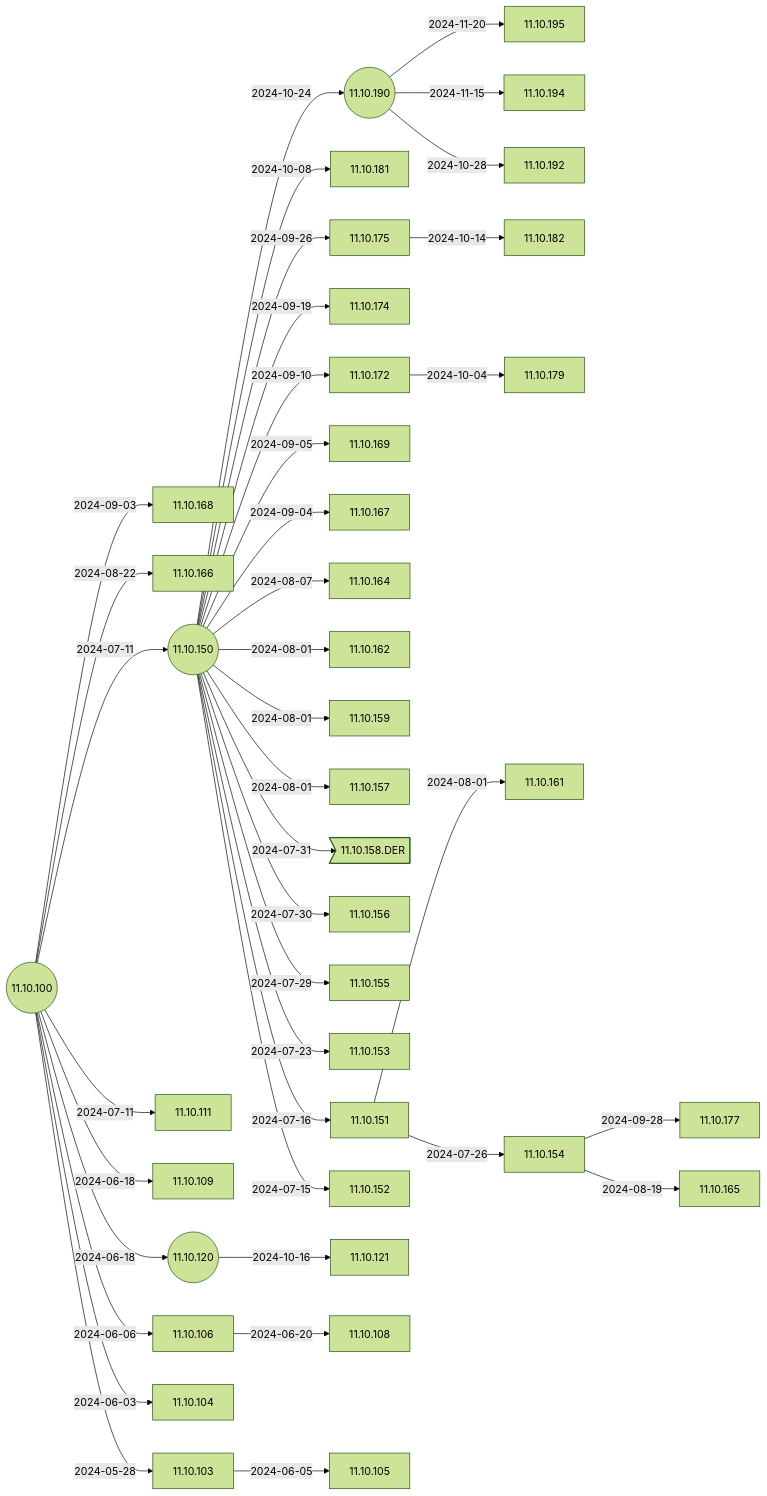
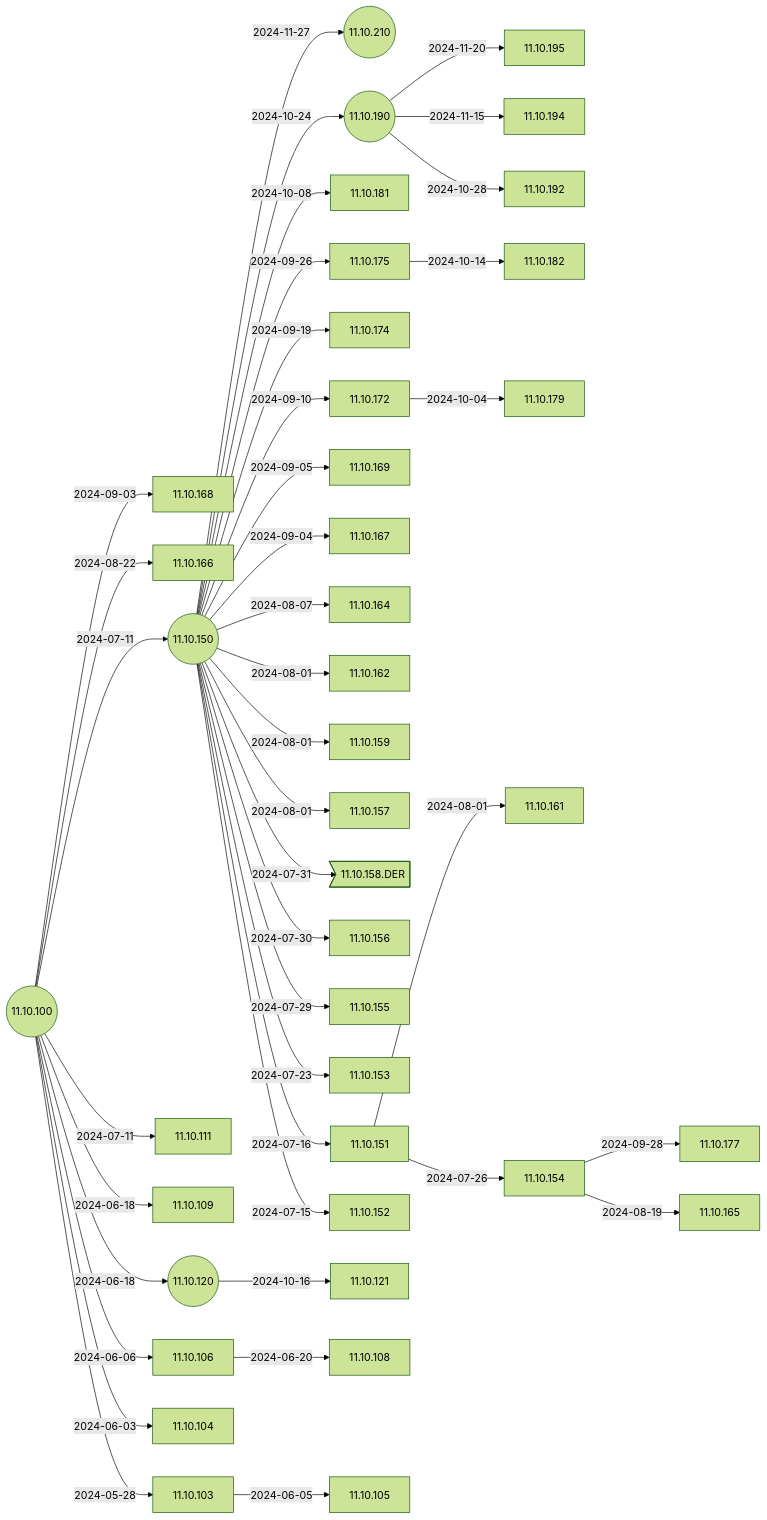
The second of 6 diagrams in docs/Docs/ReleaseNotes/01-OS11/README.md (IGEL-Community/IGEL-Docs-v02), drawn with Mermaid (forest theme) before and after one commit. The commit also changed 4 other files, not shown here.

````diff
--- a/docs/Docs/ReleaseNotes/01-OS11/README.md
+++ b/docs/Docs/ReleaseNotes/01-OS11/README.md
@@ -41,5 +41,6 @@
 ```mermaid
 flowchart LR
+    11.10.150-- 2024-11-27 -->11.10.210((11.10.210))
     11.10.190-- 2024-11-20 -->11.10.195
     11.10.190-- 2024-11-15 -->11.10.194
     11.10.190-- 2024-10-28 -->11.10.192
@@ -79,6 +80,7 @@
     11.10.100-- 2024-06-03 -->11.10.104
     11.10.100-- 2024-05-28 -->11.10.103
     11.10.100((11.10.100))
+    click 11.10.210 "https://github.com/IGEL-Community/IGEL-Docs-v02/tree/main/docs/Docs/ReleaseNotes/01-OS11/readme11.10.210.txt" _blank
     click 11.10.195 "https://github.com/IGEL-Community/IGEL-Docs-v02/tree/main/docs/Docs/ReleaseNotes/01-OS11/readme11.10.195.txt" _blank
     click 11.10.194 "https://github.com/IGEL-Community/IGEL-Docs-v02/tree/main/docs/Docs/ReleaseNotes/01-OS11/readme11.10.194.txt" _blank
     click 11.10.192 "https://github.com/IGEL-Community/IGEL-Docs-v02/tree/main/docs/Docs/ReleaseNotes/01-OS11/readme11.10.192.txt" _blank
````
